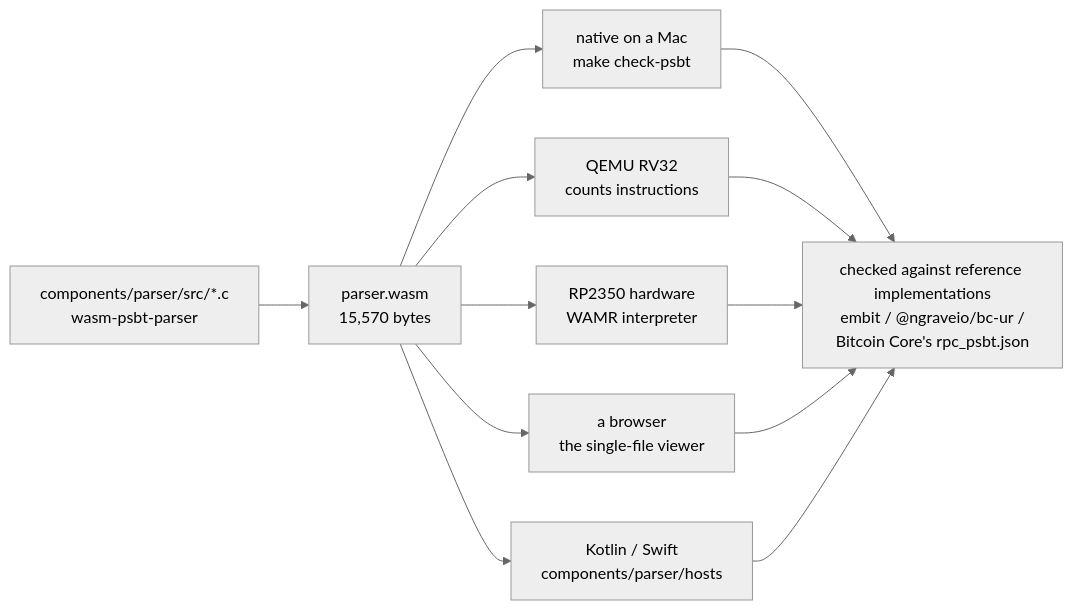
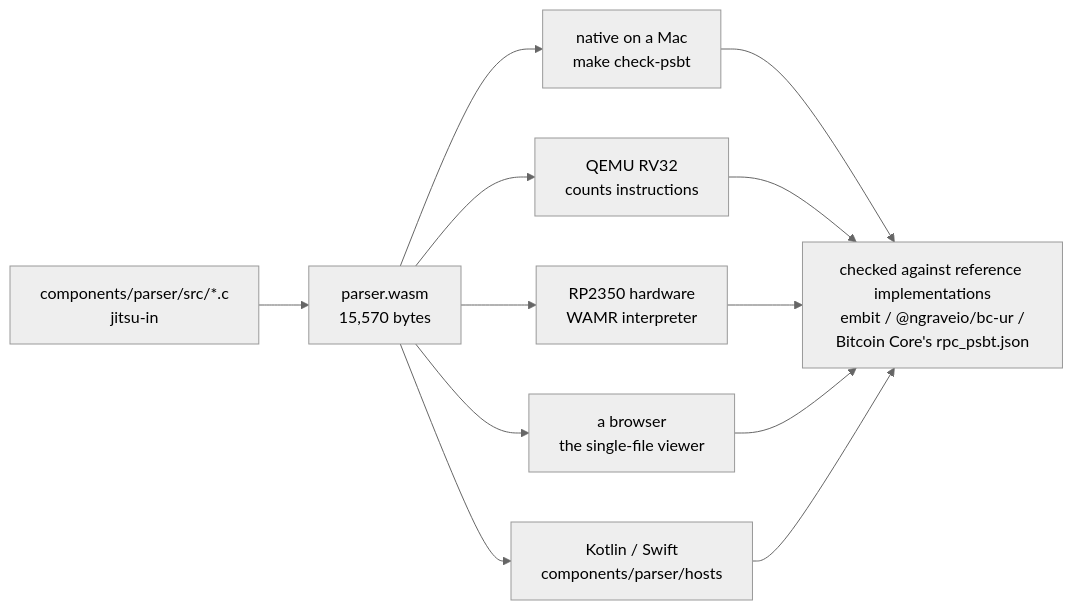
One commit to habakan/jitsu-in-pico changed the third of 4 diagrams in docs/architecture.md. Above: the diagram before and after it, drawn with Mermaid (neutral theme). The commit also changed 15 other files, not shown here.

````diff
--- a/docs/architecture.md
+++ b/docs/architecture.md
@@ -95,14 +95,14 @@
 ```mermaid
 flowchart LR
-    src["components/parser/src/*.c<br/>wasm-psbt-parser"] --> wasm["parser.wasm<br/>15,570 bytes"]
+    src["components/parser/src/*.c<br/>jitsu-in"] --> wasm["parser.wasm<br/>15,570 bytes"]
     wasm --> mac["native on a Mac<br/>make check-psbt"]
     wasm --> qemu["QEMU RV32<br/>counts instructions"]
     wasm --> dev["RP2350 hardware<br/>WAMR interpreter"]
     wasm --> browser["a browser<br/>the single-file viewer"]
     wasm --> other["Kotlin / Swift<br/>components/parser/hosts"]
     mac --> ref["checked against reference implementations<br/>embit / @ngraveio/bc-ur /<br/>Bitcoin Core's rpc_psbt.json"]
     qemu --> ref
     dev --> ref
     browser --> ref
     other --> ref
 ```
````
